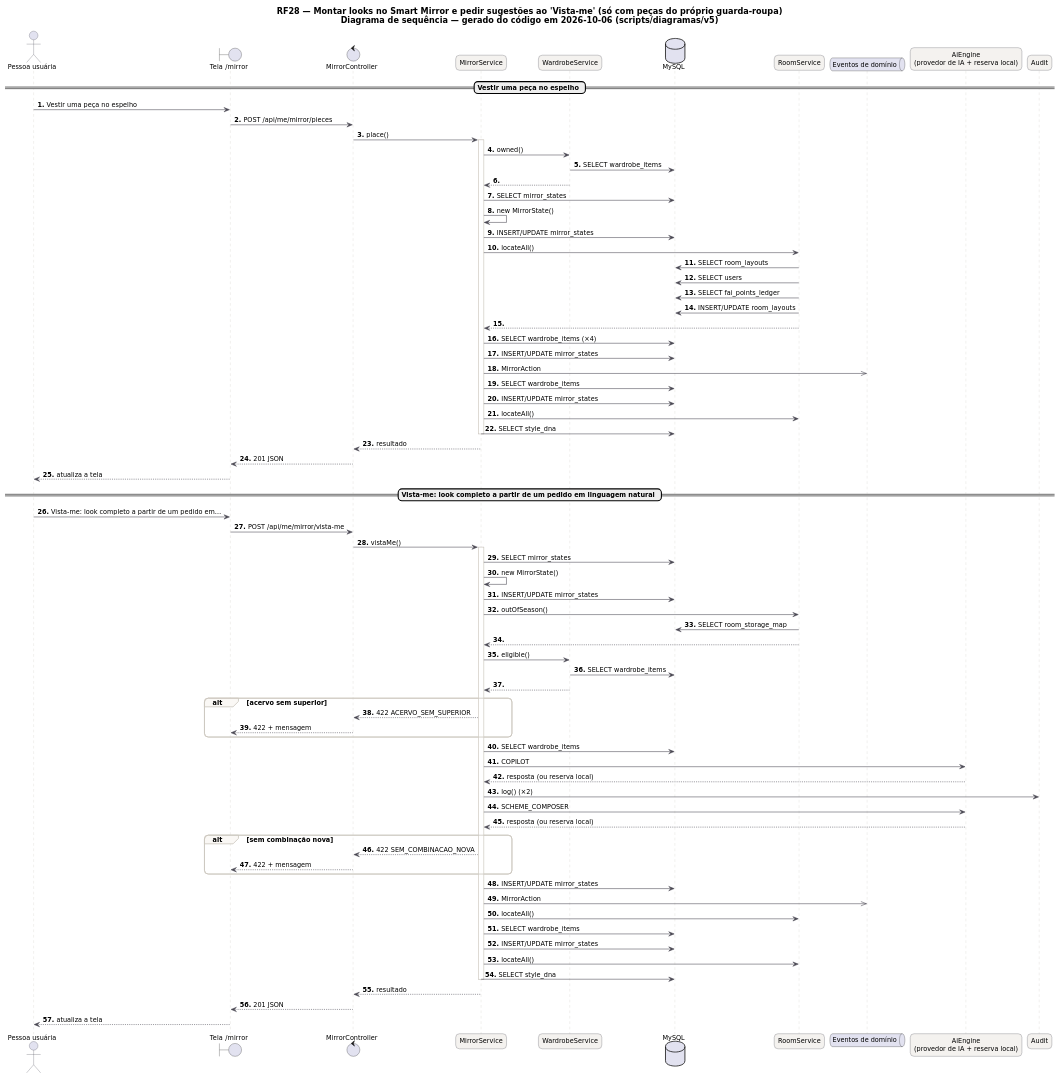
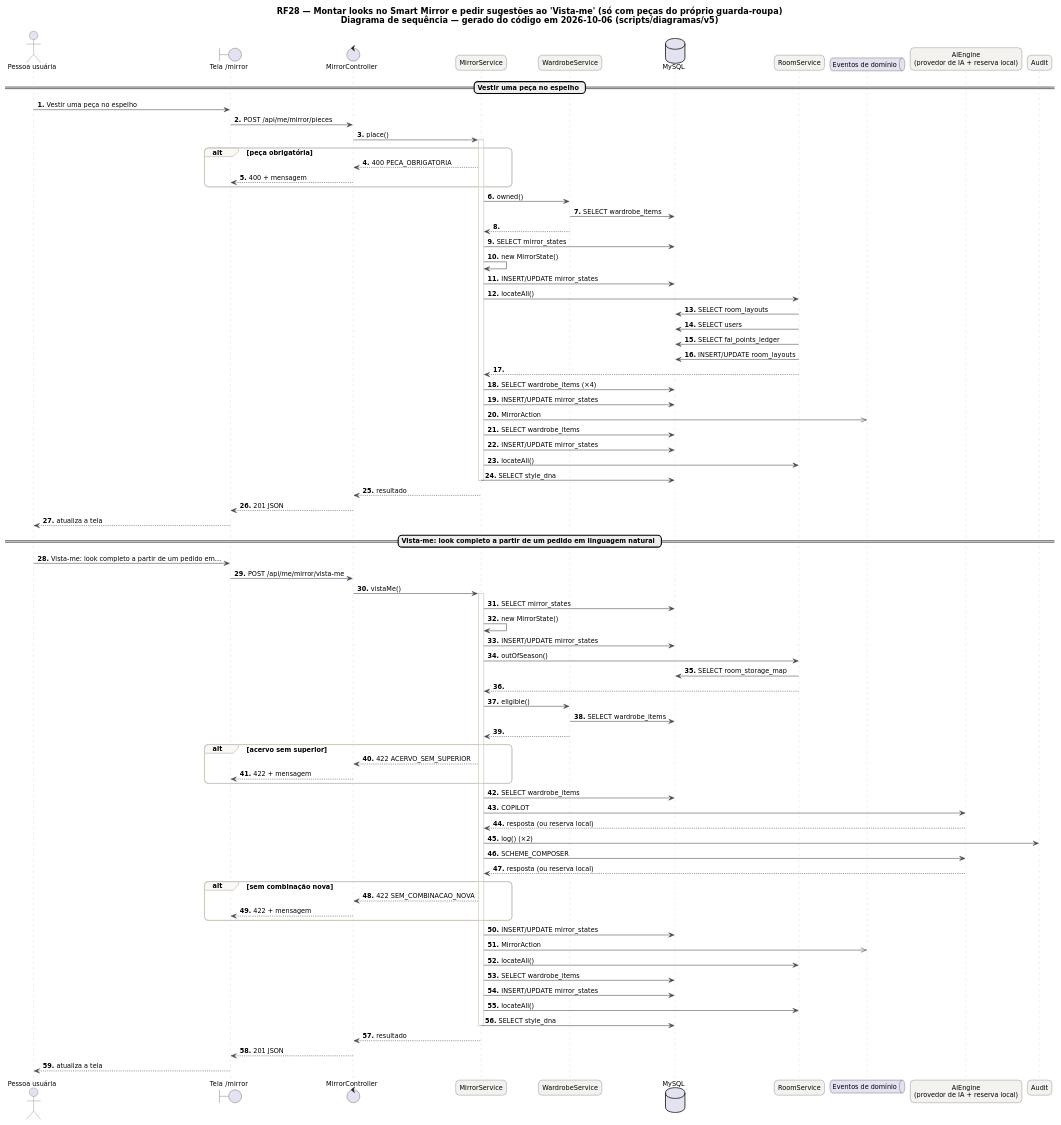
One commit to MatheusHaliski/tcc-2026-fashion-ai-backend changed the diagram in docs/diagramas/RF28/RF28-sequencia.puml. Above: the diagram before and after it, drawn with PlantUML. The commit also changed 36 other files, not shown here.

```diff
--- a/docs/diagramas/RF28/RF28-sequencia.puml
+++ b/docs/diagramas/RF28/RF28-sequencia.puml
@@ -1,103 +1,107 @@
 @startuml RF28_Sequencia
 skinparam backgroundColor #FFFFFF
 skinparam shadowing false
 skinparam defaultFontName "DejaVu Sans"
 skinparam defaultFontSize 12
 skinparam titleFontSize 15
 skinparam roundcorner 14
 skinparam ArrowColor #52606D
 skinparam note {
   BackgroundColor #FFFDEB
   BorderColor #D8CE78
   FontColor #554F24
 }
 skinparam sequence {
   ArrowColor #4A4852
   LifeLineBorderColor #CBC6BE
   ParticipantBackgroundColor #F4F2EF
   ParticipantBorderColor #4A4852
   ActorBorderColor #4A4852
   GroupBorderColor #CBC6BE
   GroupBackgroundColor #FAF8F5
 }
 autonumber "<b>0."
 title RF28 — Montar looks no Smart Mirror e pedir sugestões ao 'Vista-me' (só com peças do próprio guarda-roupa)\nDiagrama de sequência — gerado do código em 2026-10-06 (scripts/diagramas/v5)
 
 actor "Pessoa usuária" as U
 boundary "Tela /mirror" as P
 control "MirrorController" as MirrorController
 participant "MirrorService" as MirrorService
 participant "WardrobeService" as WardrobeService
 database "MySQL" as DB_MySQL
 participant "RoomService" as RoomService
 queue "Eventos de domínio" as EV
 participant "AiEngine\n(provedor de IA + reserva local)" as AI
 participant "Audit" as Audit
 == Vestir uma peça no espelho ==
 U -> P : Vestir uma peça no espelho
 P -> MirrorController : POST /api/me/mirror/pieces
 MirrorController -> MirrorService : place()
 activate MirrorService
+alt peça obrigatória
+MirrorService --> MirrorController : 400 PECA_OBRIGATORIA
+MirrorController --> P : 400 + mensagem
+end
 MirrorService -> WardrobeService : owned()
 WardrobeService -> DB_MySQL : SELECT wardrobe_items
 WardrobeService --> MirrorService
 MirrorService -> DB_MySQL : SELECT mirror_states
 MirrorService -> MirrorService : new MirrorState()
 MirrorService -> DB_MySQL : INSERT/UPDATE mirror_states
 MirrorService -> RoomService : locateAll()
 RoomService -> DB_MySQL : SELECT room_layouts
 RoomService -> DB_MySQL : SELECT users
 RoomService -> DB_MySQL : SELECT fai_points_ledger
 RoomService -> DB_MySQL : INSERT/UPDATE room_layouts
 RoomService --> MirrorService
 MirrorService -> DB_MySQL : SELECT wardrobe_items (×4)
 MirrorService -> DB_MySQL : INSERT/UPDATE mirror_states
 MirrorService ->> EV : MirrorAction
 MirrorService -> DB_MySQL : SELECT wardrobe_items
 MirrorService -> DB_MySQL : INSERT/UPDATE mirror_states
 MirrorService -> RoomService : locateAll()
 MirrorService -> DB_MySQL : SELECT style_dna
 deactivate MirrorService
 MirrorService --> MirrorController : resultado
 MirrorController --> P : 201 JSON
 P --> U : atualiza a tela
 == Vista-me: look completo a partir de um pedido em linguagem natural ==
 U -> P : Vista-me: look completo a partir de um pedido em…
 P -> MirrorController : POST /api/me/mirror/vista-me
 MirrorController -> MirrorService : vistaMe()
 activate MirrorService
 MirrorService -> DB_MySQL : SELECT mirror_states
 MirrorService -> MirrorService : new MirrorState()
 MirrorService -> DB_MySQL : INSERT/UPDATE mirror_states
 MirrorService -> RoomService : outOfSeason()
 RoomService -> DB_MySQL : SELECT room_storage_map
 RoomService --> MirrorService
 MirrorService -> WardrobeService : eligible()
 WardrobeService -> DB_MySQL : SELECT wardrobe_items
 WardrobeService --> MirrorService
 alt acervo sem superior
 MirrorService --> MirrorController : 422 ACERVO_SEM_SUPERIOR
 MirrorController --> P : 422 + mensagem
 end
 MirrorService -> DB_MySQL : SELECT wardrobe_items
 MirrorService -> AI : COPILOT
 AI --> MirrorService : resposta (ou reserva local)
 MirrorService -> Audit : log() (×2)
 MirrorService -> AI : SCHEME_COMPOSER
 AI --> MirrorService : resposta (ou reserva local)
 alt sem combinação nova
 MirrorService --> MirrorController : 422 SEM_COMBINACAO_NOVA
 MirrorController --> P : 422 + mensagem
 end
 MirrorService -> DB_MySQL : INSERT/UPDATE mirror_states
 MirrorService ->> EV : MirrorAction
 MirrorService -> RoomService : locateAll()
 MirrorService -> DB_MySQL : SELECT wardrobe_items
 MirrorService -> DB_MySQL : INSERT/UPDATE mirror_states
 MirrorService -> RoomService : locateAll()
 MirrorService -> DB_MySQL : SELECT style_dna
 deactivate MirrorService
 MirrorService --> MirrorController : resultado
 MirrorController --> P : 201 JSON
 P --> U : atualiza a tela
 @enduml
```
